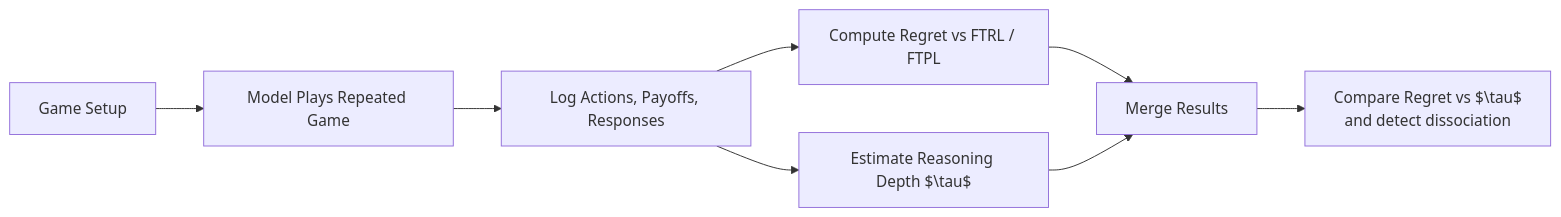
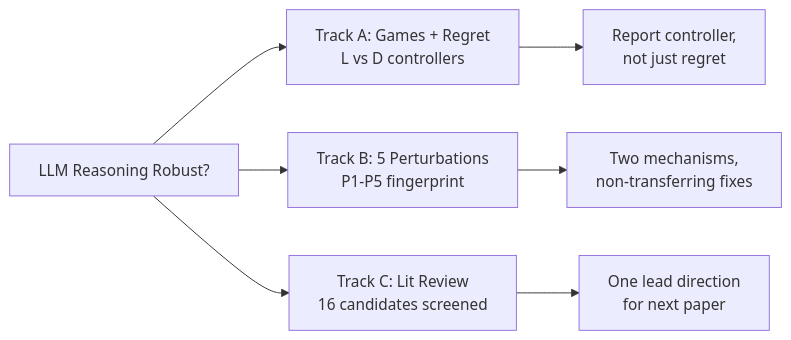
Before and after one commit to nagajaideep/Research-Work: the first of 4 diagrams in README.md, drawn with Mermaid. The commit also changed other lines of this file, not shown here.

Commit message:
Update README to infographic glimpse log: tracks, fingerprints, roadmap, release policy

````diff
--- a/README.md
+++ b/README.md
@@ -110,11 +21,9 @@
 ```mermaid
 flowchart LR
-    A[Game Setup] --> B[Model Plays Repeated Game]
-    B --> C[Log Actions, Payoffs, Responses]
-    C --> D[Compute Regret vs FTRL / FTPL]
-    C --> E[Estimate Reasoning Depth $\tau$]
-    D --> F[Merge Results]
-    E --> F
-    F --> G[Compare Regret vs $\tau$
-    and detect dissociation]
+    Q[LLM Reasoning Robust?] --> A[Track A: Games + Regret<br/>L vs D controllers]
+    Q --> B[Track B: 5 Perturbations<br/>P1-P5 fingerprint]
+    Q --> C[Track C: Lit Review<br/>16 candidates screened]
+    A --> R1[Report controller,<br/>not just regret]
+    B --> R2[Two mechanisms,<br/>non-transferring fixes]
+    C --> R3[One lead direction<br/>for next paper]
 ```
````
